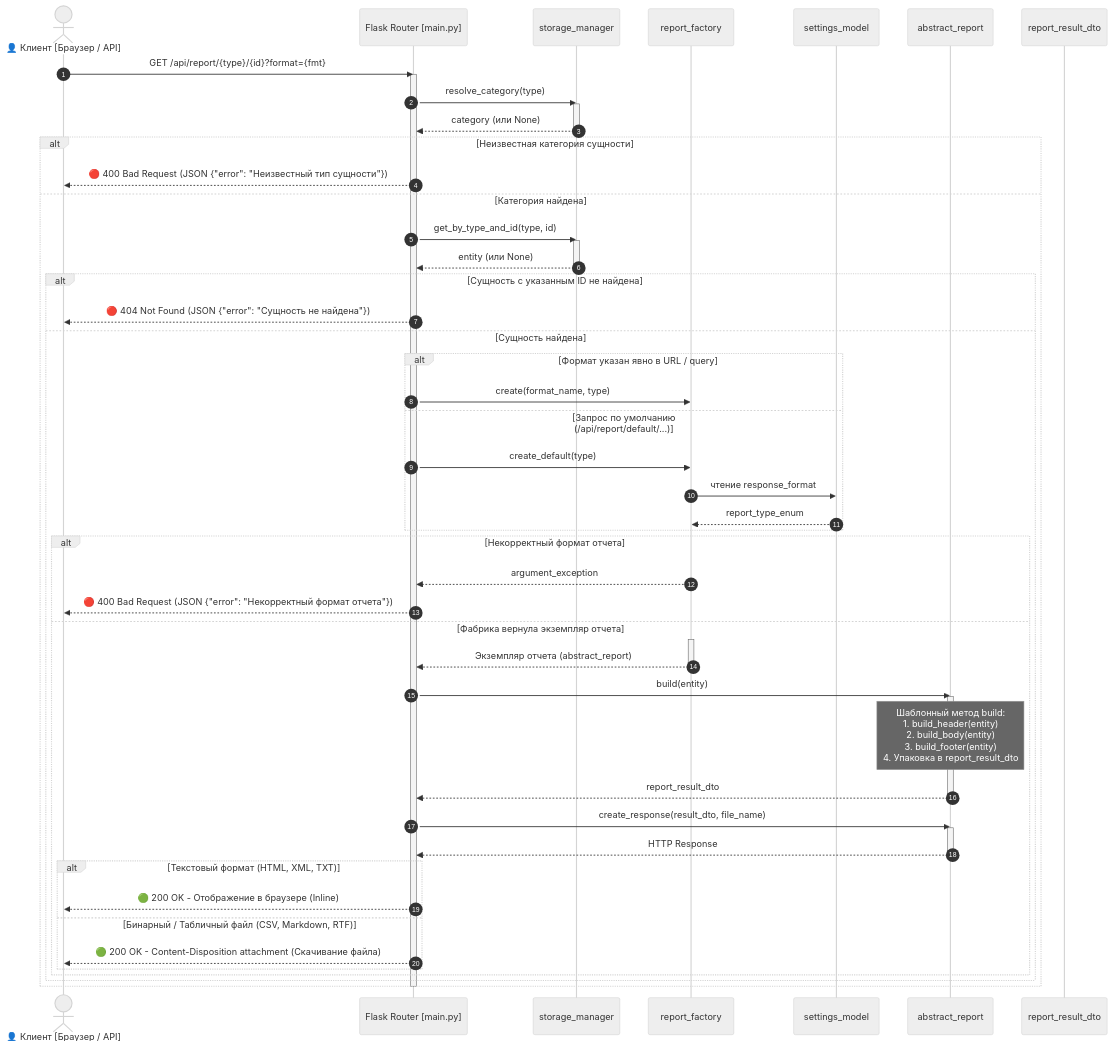
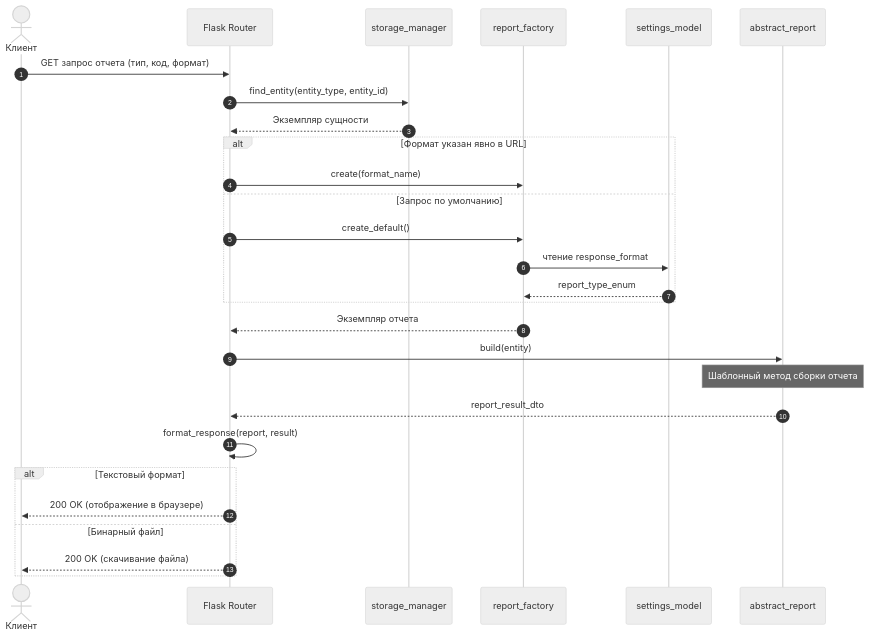
Before and after one commit to Turik06/Patterns_Suleymanov: the second of 2 diagrams in Docs/ReportFactory.md, drawn with Mermaid (neutral theme). The commit also changed other lines of this file and 4 other files, not shown here.

Commit message:
docs: fix diagrams

````diff
--- a/Docs/ReportFactory.md
+++ b/Docs/ReportFactory.md
@@ -141,67 +135,36 @@
 ```mermaid
 sequenceDiagram
     autonumber
-    actor User as 👤 Клиент [Браузер / API]
-    participant Flask as Flask Router [main.py]
+    actor User as Клиент
+    participant Flask as Flask Router
     participant Storage as storage_manager
     participant Factory as report_factory
     participant Settings as settings_model
     participant Report as abstract_report
-    participant Result as report_result_dto
 
-    User->>Flask: GET /api/report/{type}/{id}?format={fmt}
-    activate Flask
+    User->>Flask: GET запрос отчета (тип, код, формат)
+    Flask->>Storage: find_entity(entity_type, entity_id)
+    Storage-->>Flask: Экземпляр сущности
 
-    Flask->>Storage: resolve_category(type)
-    activate Storage
-    Storage-->>Flask: category (или None)
-    deactivate Storage
+    alt Формат указан явно в URL
+        Flask->>Factory: create(format_name)
+    else Запрос по умолчанию
+        Flask->>Factory: create_default()
+        Factory->>Settings: чтение response_format
+        Settings-->>Factory: report_type_enum
+    end
 
-    alt Неизвестная категория сущности
-        Flask-->>User: 🔴 400 Bad Request (JSON {"error": "Неизвестный тип сущности"})
-    else Категория найдена
-        Flask->>Storage: get_by_type_and_id(type, id)
-        activate Storage
-        Storage-->>Flask: entity (или None)
-        deactivate Storage
+    Factory-->>Flask: Экземпляр отчета
 
-        alt Сущность с указанным ID не найдена
-            Flask-->>User: 🔴 404 Not Found (JSON {"error": "Сущность не найдена"})
-        else Сущность найдена
-            alt Формат указан явно в URL / query
-                Flask->>Factory: create(format_name, type)
-            else Запрос по умолчанию (/api/report/default/...)
-                Flask->>Factory: create_default(type)
-                Factory->>Settings: чтение response_format
-                Settings-->>Factory: report_type_enum
-            end
+    Flask->>Report: build(entity)
+    Note over Report: Шаблонный метод сборки отчета
+    Report-->>Flask: report_result_dto
 
-            alt Некорректный формат отчета
-                Factory-->>Flask: argument_exception
-                Flask-->>User: 🔴 400 Bad Request (JSON {"error": "Некорректный формат отчета"})
-            else Фабрика вернула экземпляр отчета
-                activate Factory
-                Factory-->>Flask: Экземпляр отчета (abstract_report)
-                deactivate Factory
+    Flask->>Flask: format_response(report, result)
 
-                Flask->>Report: build(entity)
-                activate Report
-                Note over Report: Шаблонный метод build:<br/>1. build_header(entity)<br/>2. build_body(entity)<br/>3. build_footer(entity)<br/>4. Упаковка в report_result_dto
-                Report-->>Flask: report_result_dto
-                deactivate Report
-
-                Flask->>Report: create_response(result_dto, file_name)
-                activate Report
-                Report-->>Flask: HTTP Response
-                deactivate Report
-
-                alt Текстовый формат (HTML, XML, TXT)
-                    Flask-->>User: 🟢 200 OK - Отображение в браузере (Inline)
-                else Бинарный / Табличный файл (CSV, Markdown, RTF)
-                    Flask-->>User: 🟢 200 OK - Content-Disposition attachment (Скачивание файла)
-                end
-            end
-        end
+    alt Текстовый формат
+        Flask-->>User: 200 OK (отображение в браузере)
+    else Бинарный файл
+        Flask-->>User: 200 OK (скачивание файла)
     end
-    deactivate Flask
 ```
````
